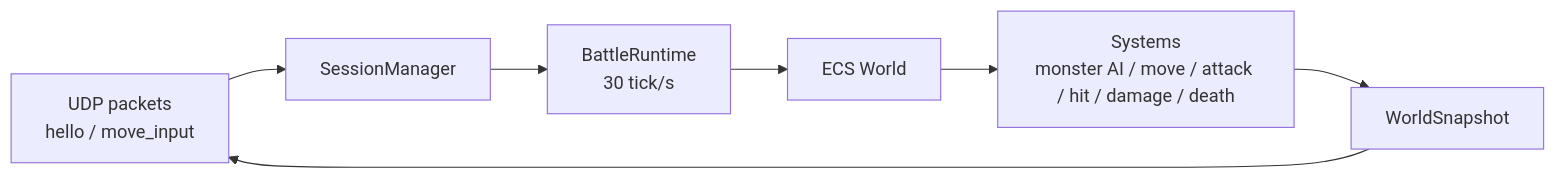
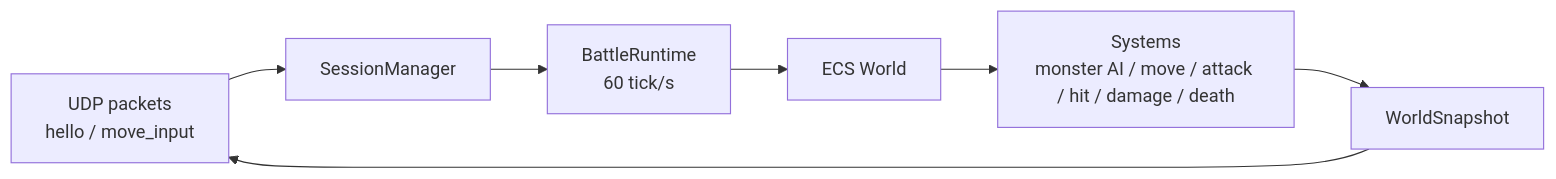
Before and after one commit to zzzhr666/server: the fourth of 4 diagrams in docs/architecture.md, drawn with Mermaid. The commit also changed 4 other files, not shown here.

Commit message:
[feature] Run battle runtime at 60 tick rate

````diff
--- a/docs/architecture.md
+++ b/docs/architecture.md
@@ -84,16 +84,16 @@
 ```mermaid
 flowchart LR
     udp["UDP packets<br/>hello / move_input"]
     session["SessionManager"]
-    runtime["BattleRuntime<br/>30 tick/s"]
+    runtime["BattleRuntime<br/>60 tick/s"]
     world["ECS World"]
     systems["Systems<br/>monster AI / move / attack / hit / damage / death"]
     snapshot["WorldSnapshot"]
 
     udp --> session
     session --> runtime
     runtime --> world
     world --> systems
     systems --> snapshot
     snapshot --> udp
 ```
````
